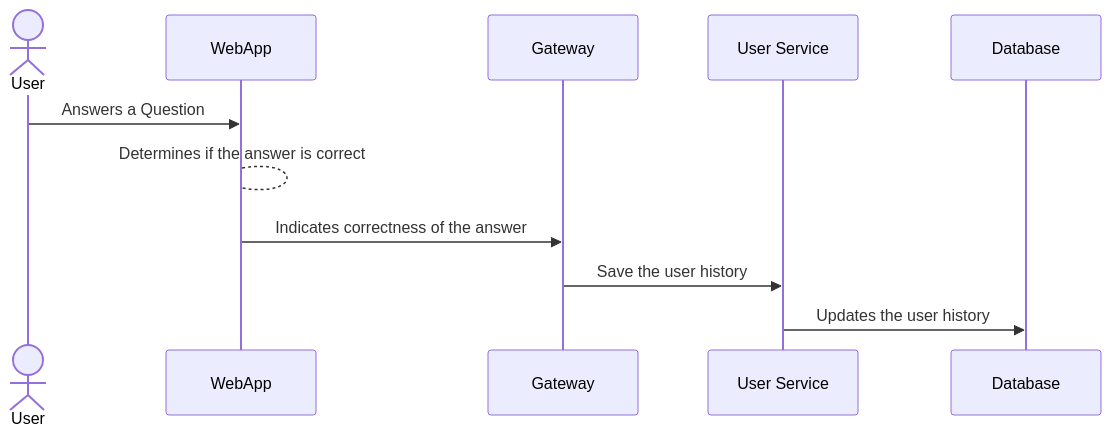
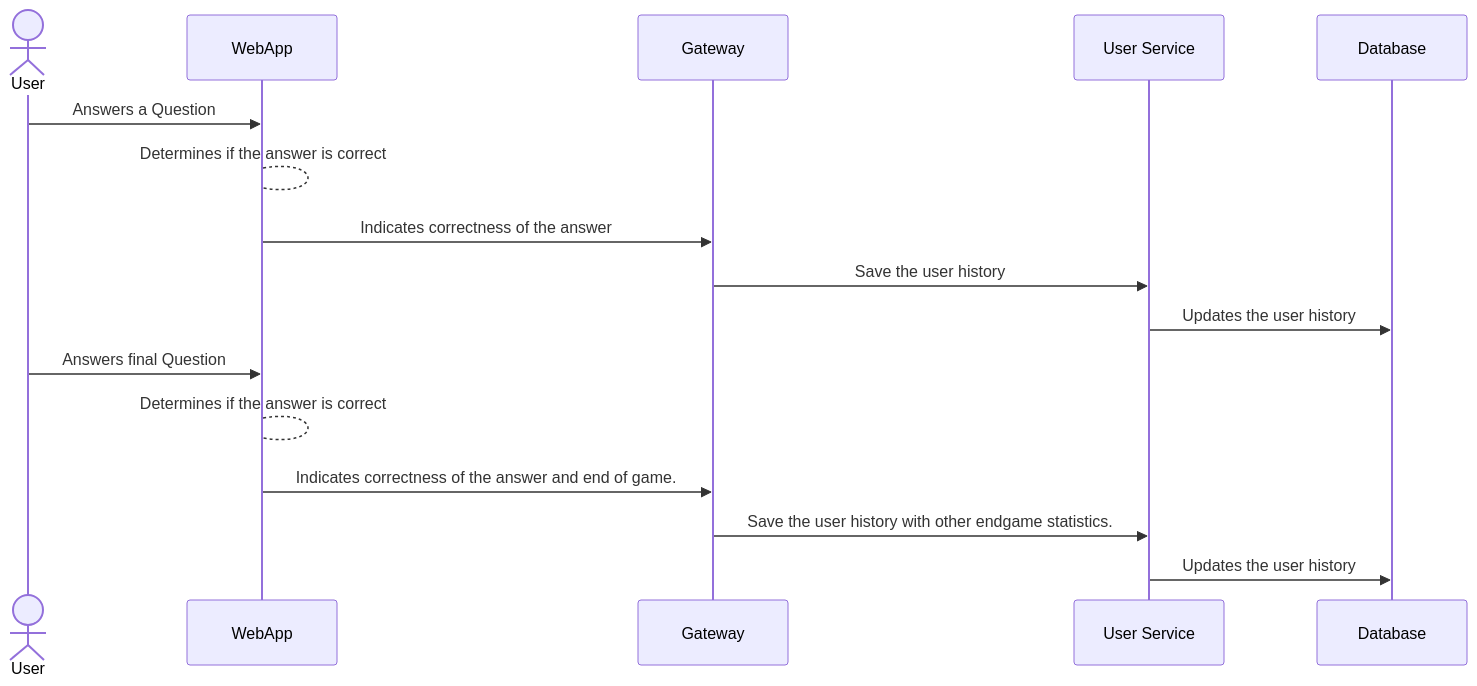
The third of 3 diagrams in docs/src/06_runtime_view.adoc (Arquisoft/wiq_en3b), drawn with Mermaid before and after one commit. The commit also changed other lines of this file and 2 other files, not shown here.

```diff
--- a/docs/src/06_runtime_view.adoc
+++ b/docs/src/06_runtime_view.adoc
@@ -109,15 +159,21 @@
 [mermaid]
 ....
  sequenceDiagram
     actor U as User
     participant FE as WebApp 
     participant BE as Gateway 
     participant HS as User Service
     participant DB as Database 
 
     U->>FE: Answers a Question
     FE-->FE: Determines if the answer is correct
     FE->>BE: Indicates correctness of the answer
     BE->>HS: Save the user history
     HS->>DB: Updates the user history
+
+    U->>FE: Answers final Question
+    FE-->FE: Determines if the answer is correct
+    FE->>BE: Indicates correctness of the answer and end of game.
+    BE->>HS: Save the user history with other endgame statistics.
+    HS->>DB: Updates the user history
 ....
```
